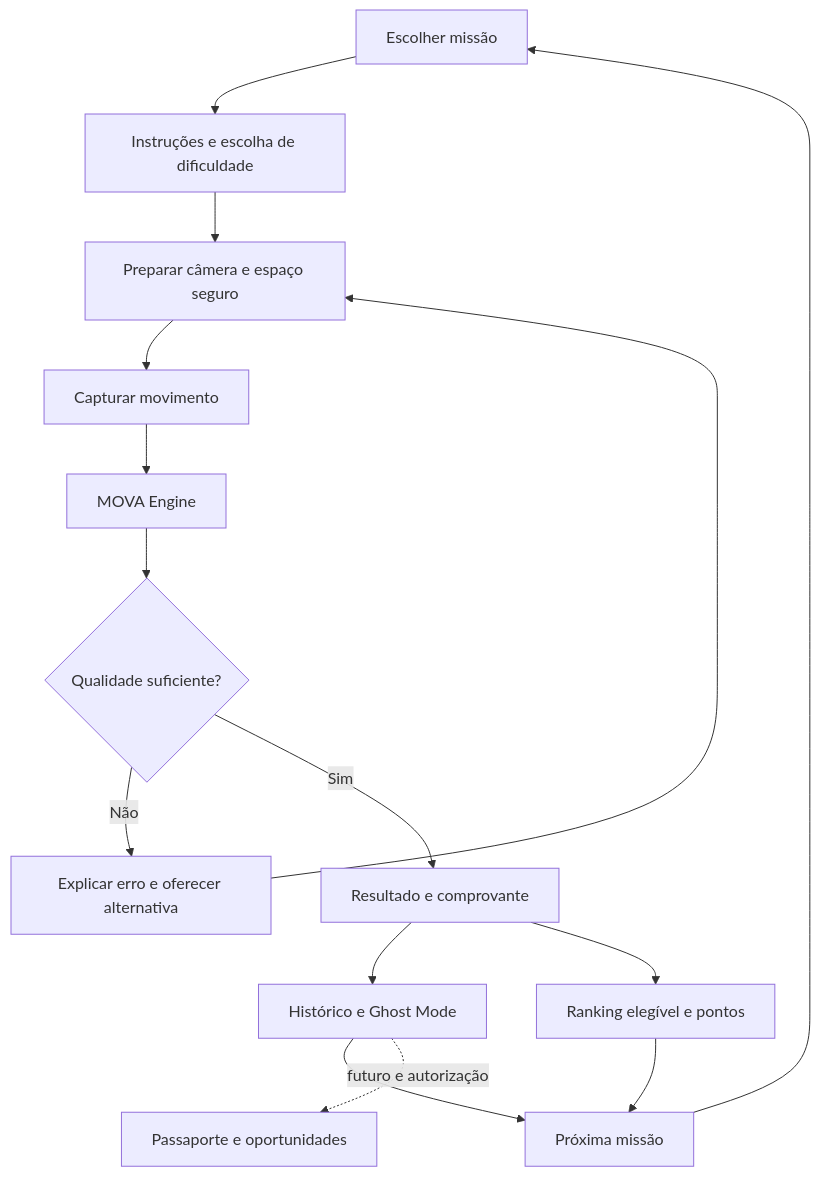
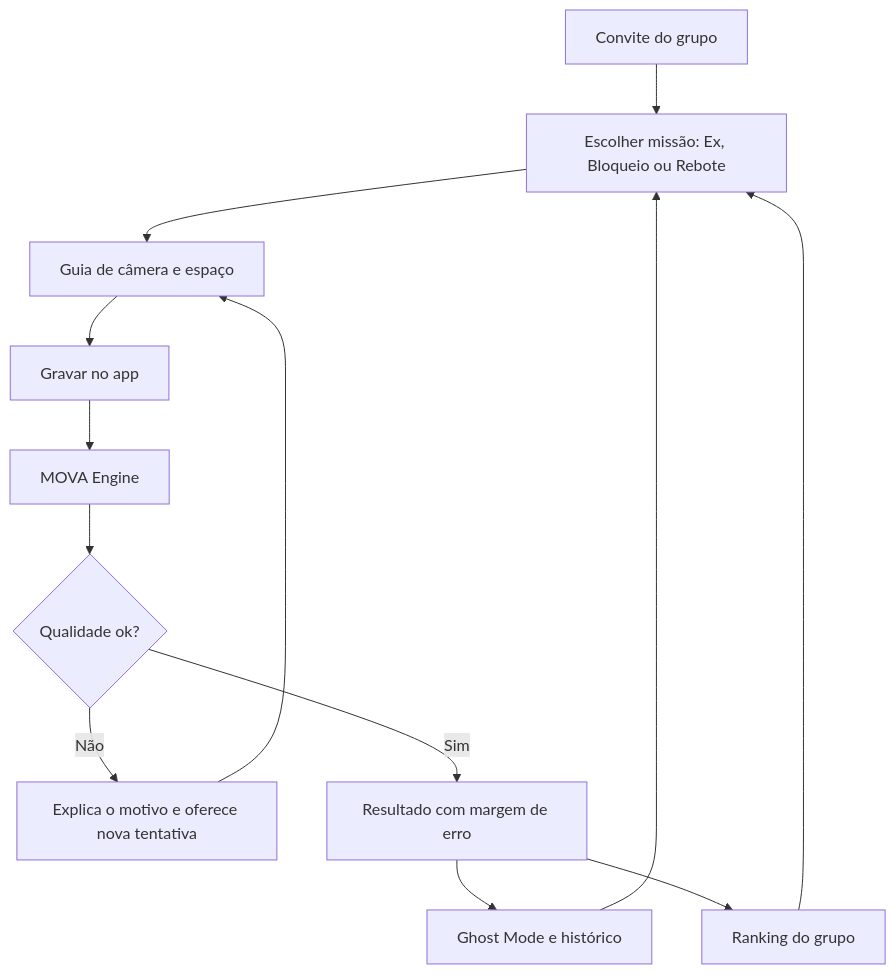
Before and after one commit to Lucas-Andrade-Silva/hackasEsporteFilasOff: the first of 3 diagrams in MOVA_Brasil_Projeto_Completo_Hack_Brasil_2026.md, drawn with Mermaid. The commit also changed other lines of this file and 1 other file, not shown here.

First line of the commit message:
docs: MOVA v4.1 com provas detalhadas e design separado

````diff
--- a/MOVA_Brasil_Projeto_Completo_Hack_Brasil_2026.md
+++ b/MOVA_Brasil_Projeto_Completo_Hack_Brasil_2026.md
@@ -209,17 +312,15 @@
 ```mermaid
 flowchart TD
-    A[Escolher missão] --> B[Instruções e escolha de dificuldade]
-    B --> C[Preparar câmera e espaço seguro]
-    C --> D[Capturar movimento]
+    A[Convite do grupo] --> B[Escolher missão: Ex, Bloqueio ou Rebote]
+    B --> C[Guia de câmera e espaço]
+    C --> D[Gravar no app]
     D --> E[MOVA Engine]
-    E --> F{Qualidade suficiente?}
-    F -->|Não| G[Explicar erro e oferecer alternativa]
+    E --> F{Qualidade ok?}
+    F -->|Não| G[Explica o motivo e oferece nova tentativa]
     G --> C
-    F -->|Sim| H[Resultado e comprovante]
-    H --> I[Histórico e Ghost Mode]
-    H --> J[Ranking elegível e pontos]
-    I --> K[Próxima missão]
-    J --> K
-    K --> A
-    I -. futuro e autorização .-> L[Passaporte e oportunidades]
+    F -->|Sim| H[Resultado com margem de erro]
+    H --> I[Ghost Mode e histórico]
+    H --> J[Ranking do grupo]
+    I --> B
+    J --> B
 ```
````
